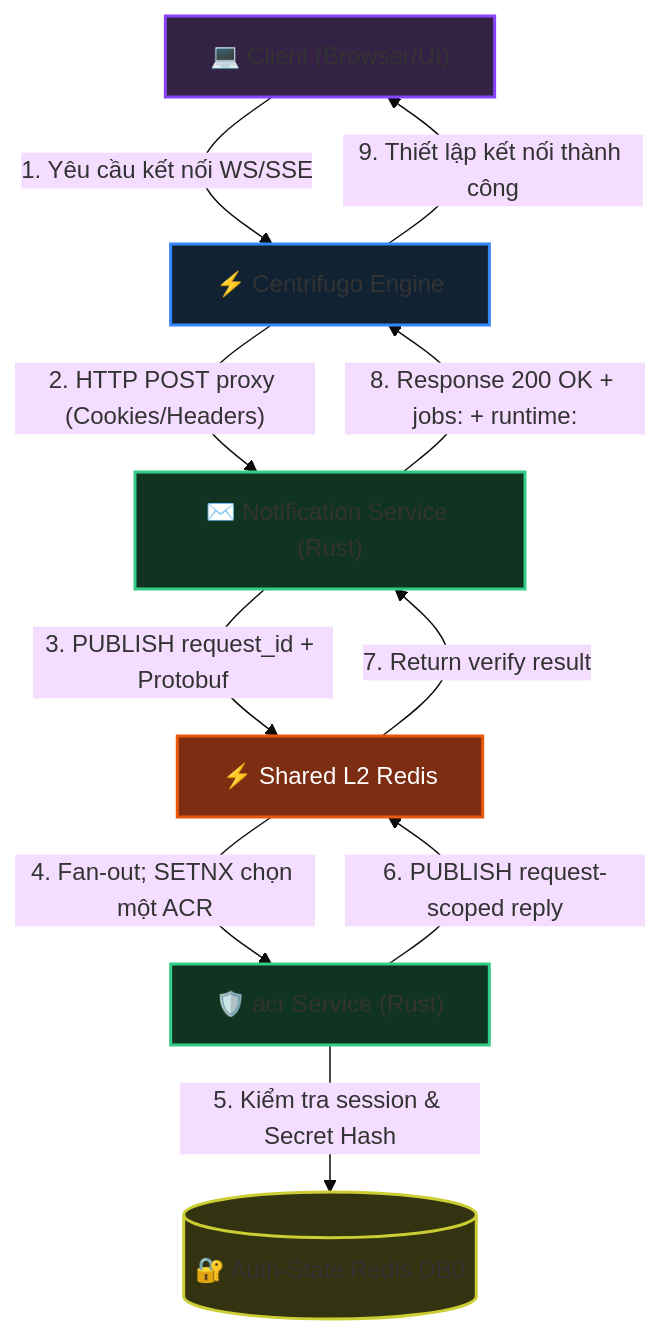
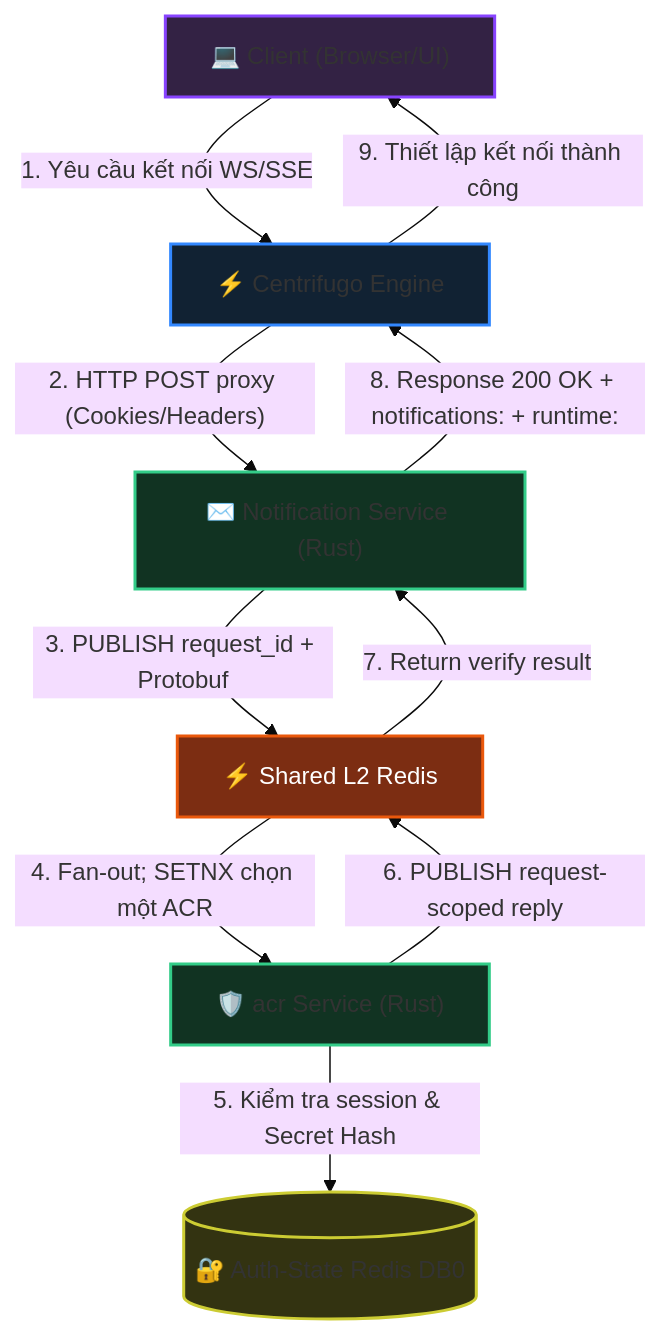
Before and after one commit to phucle996/aurora: the first of 2 diagrams in god_view/notification/centrifugo_auth_god_view_workflow.md, drawn with Mermaid (base theme). The commit also changed other lines of this file and 53 other files, not shown here.

````diff
--- a/god_view/notification/centrifugo_auth_god_view_workflow.md
+++ b/god_view/notification/centrifugo_auth_god_view_workflow.md
@@ -34,25 +34,25 @@
 ```mermaid
 graph TD
     classDef client fill:#332244,stroke:#8844ff,stroke-width:2px;
     classDef gateway fill:#112233,stroke:#3388ff,stroke-width:2px;
     classDef edgeService fill:#113322,stroke:#33cc88,stroke-width:2px;
     classDef storage fill:#333311,stroke:#cccc33,stroke-width:2px;
     classDef queue fill:#7c2d12,stroke:#ea580c,color:#ffffff,stroke-width:2px;
 
     Client["💻 Client (Browser/UI)"]:::client
     Centrifugo["⚡ Centrifugo Engine"]:::gateway
     Notification["✉️ Notification Service (Rust)"]:::edgeService
     SharedRedis["⚡ Shared L2 Redis"]:::queue
     acr["🛡️ acr Service (Rust)"]:::edgeService
     AuthRedis[("🔐 Auth-State Redis DB0")]:::storage
 
     Client -- "1. Yêu cầu kết nối WS/SSE" --> Centrifugo
     Centrifugo -- "2. HTTP POST proxy (Cookies/Headers)" --> Notification
     Notification -- "3. PUBLISH request_id + Protobuf" --> SharedRedis
     SharedRedis -- "4. Fan-out; SETNX chọn một ACR" --> acr
     acr -- "5. Kiểm tra session & Secret Hash" --> AuthRedis
     acr -- "6. PUBLISH request-scoped reply" --> SharedRedis
     SharedRedis -- "7. Return verify result" --> Notification
-    Notification -- "8. Response 200 OK + jobs:<user_id> + runtime:<user_id>" --> Centrifugo
+    Notification -- "8. Response 200 OK + notifications:<user_id> + runtime:<user_id>" --> Centrifugo
     Centrifugo -- "9. Thiết lập kết nối thành công" --> Client
 ```
````
